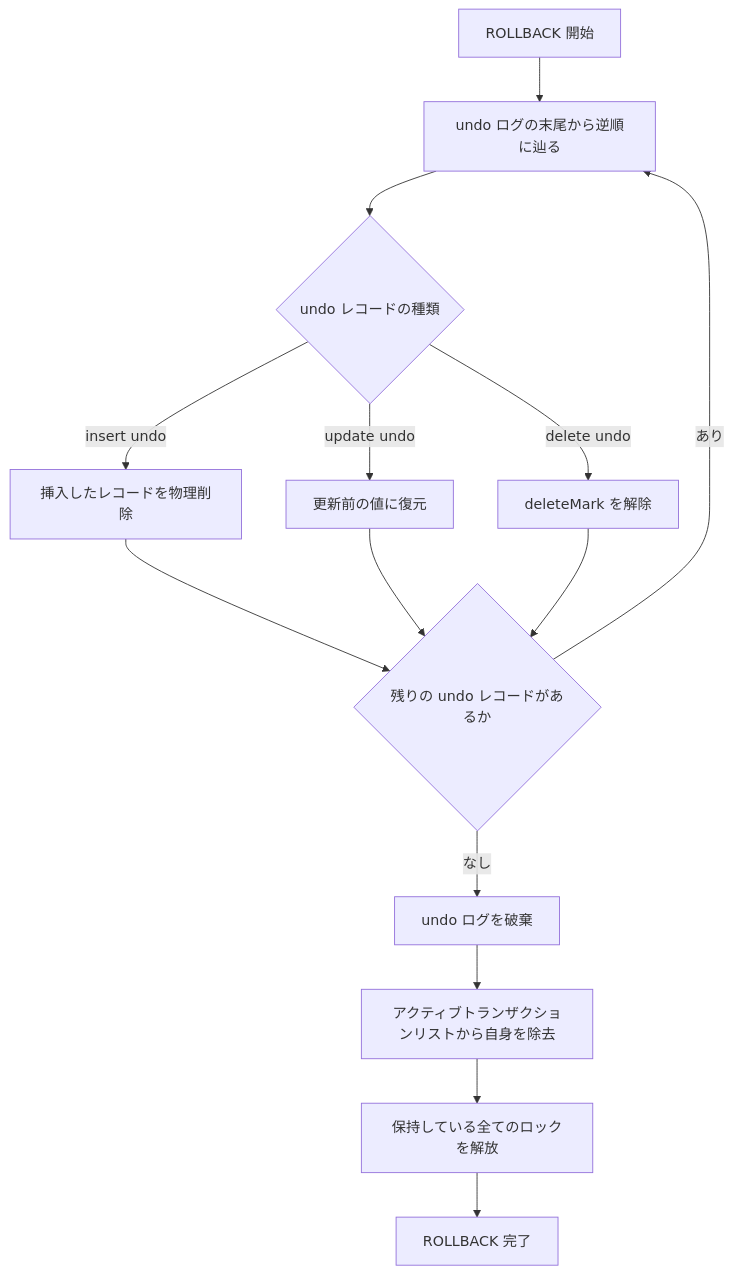
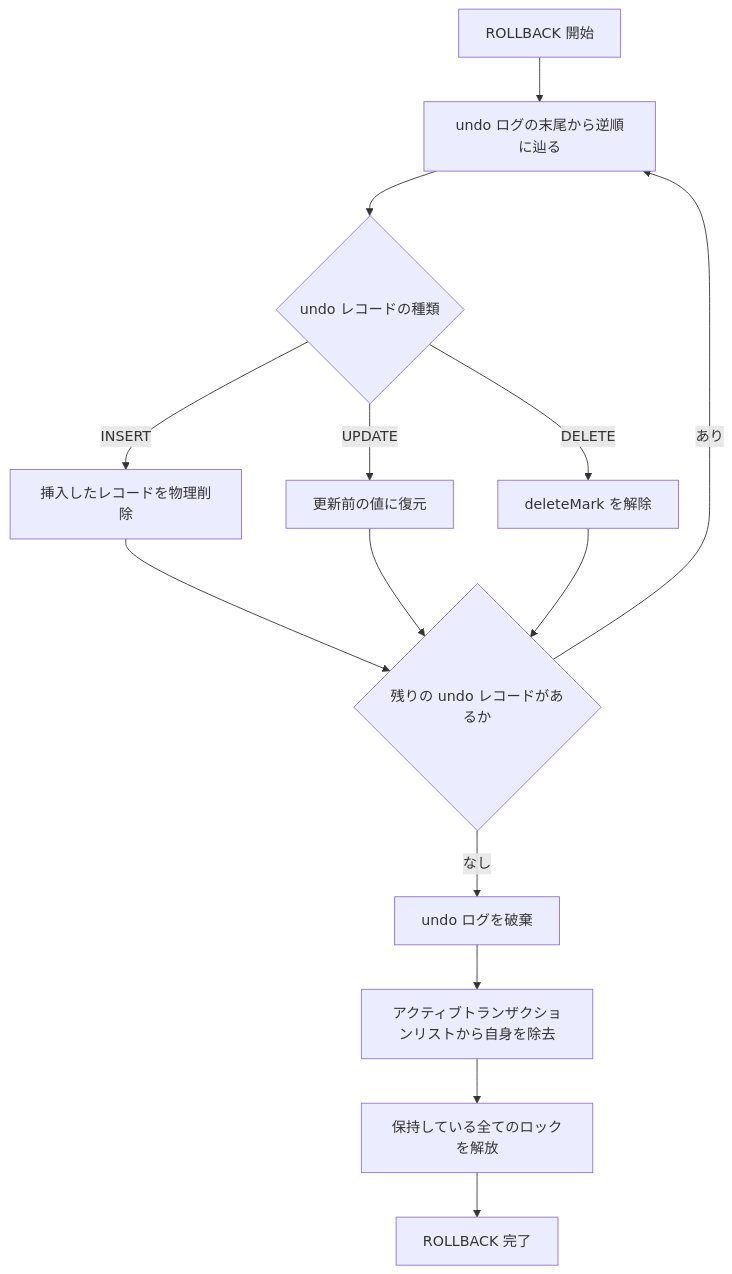
Before and after one commit to ren-yamanashi/minesql: the second of 2 diagrams in docs/architecture/storage/access/transaction.md, drawn with Mermaid. The commit also changed other lines of this file, not shown here.

````diff
--- a/docs/architecture/storage/access/transaction.md
+++ b/docs/architecture/storage/access/transaction.md
@@ -169,16 +169,16 @@
 ```mermaid
 flowchart TD
     A[ROLLBACK 開始] --> B[undo ログの末尾から逆順に辿る]
     B --> C{undo レコードの種類}
-    C -->|insert undo| D[挿入したレコードを物理削除]
-    C -->|update undo| E[更新前の値に復元]
-    C -->|delete undo| F[deleteMark を解除]
+    C -->|INSERT| D[挿入したレコードを物理削除]
+    C -->|UPDATE| E[更新前の値に復元]
+    C -->|DELETE| F[deleteMark を解除]
     D --> G{残りの undo レコードがあるか}
     E --> G
     F --> G
     G -->|あり| B
     G -->|なし| H[undo ログを破棄]
     H --> I[アクティブトランザクションリストから自身を除去]
     I --> J[保持している全てのロックを解放]
     J --> K[ROLLBACK 完了]
 ```
````
